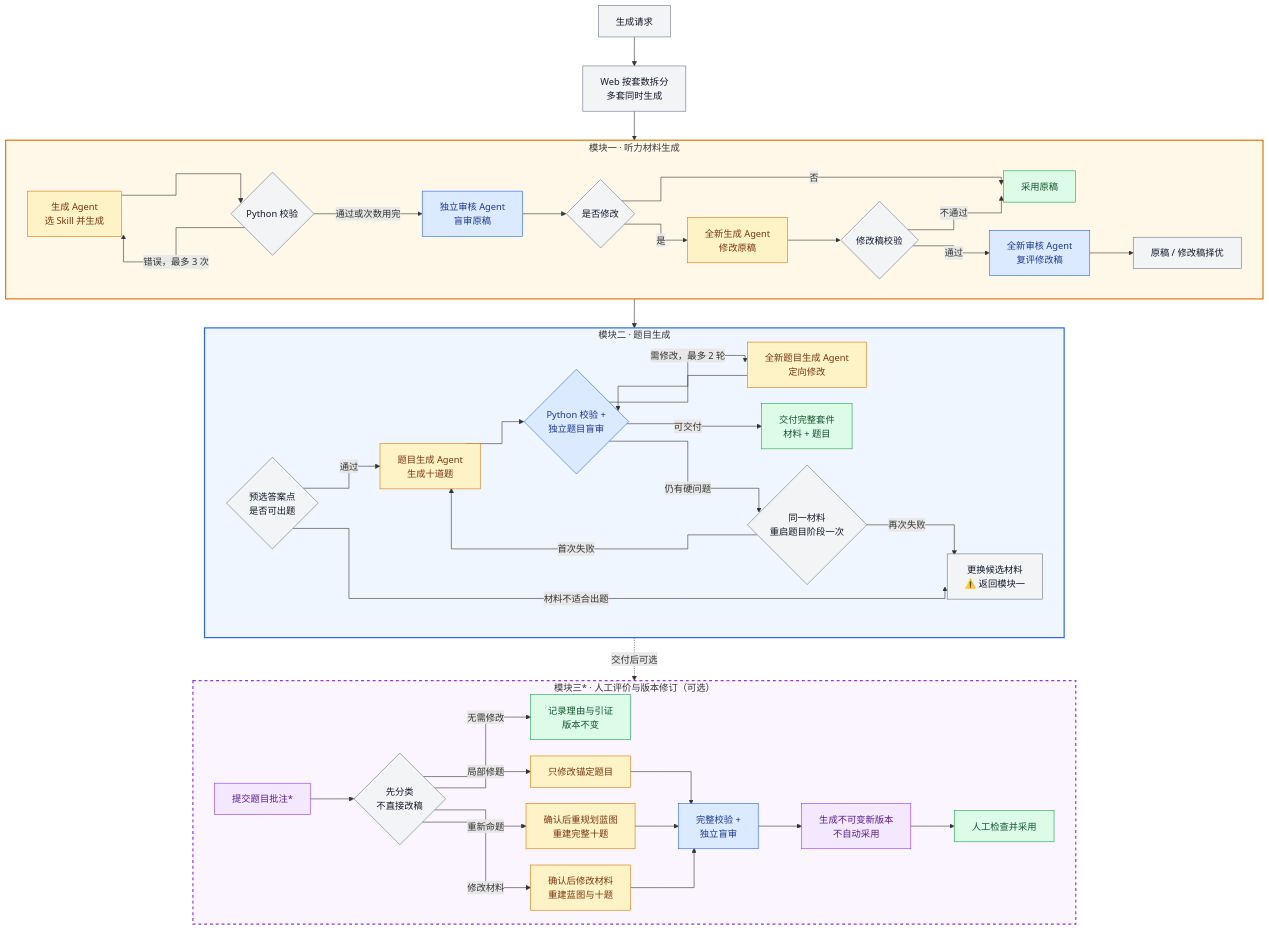
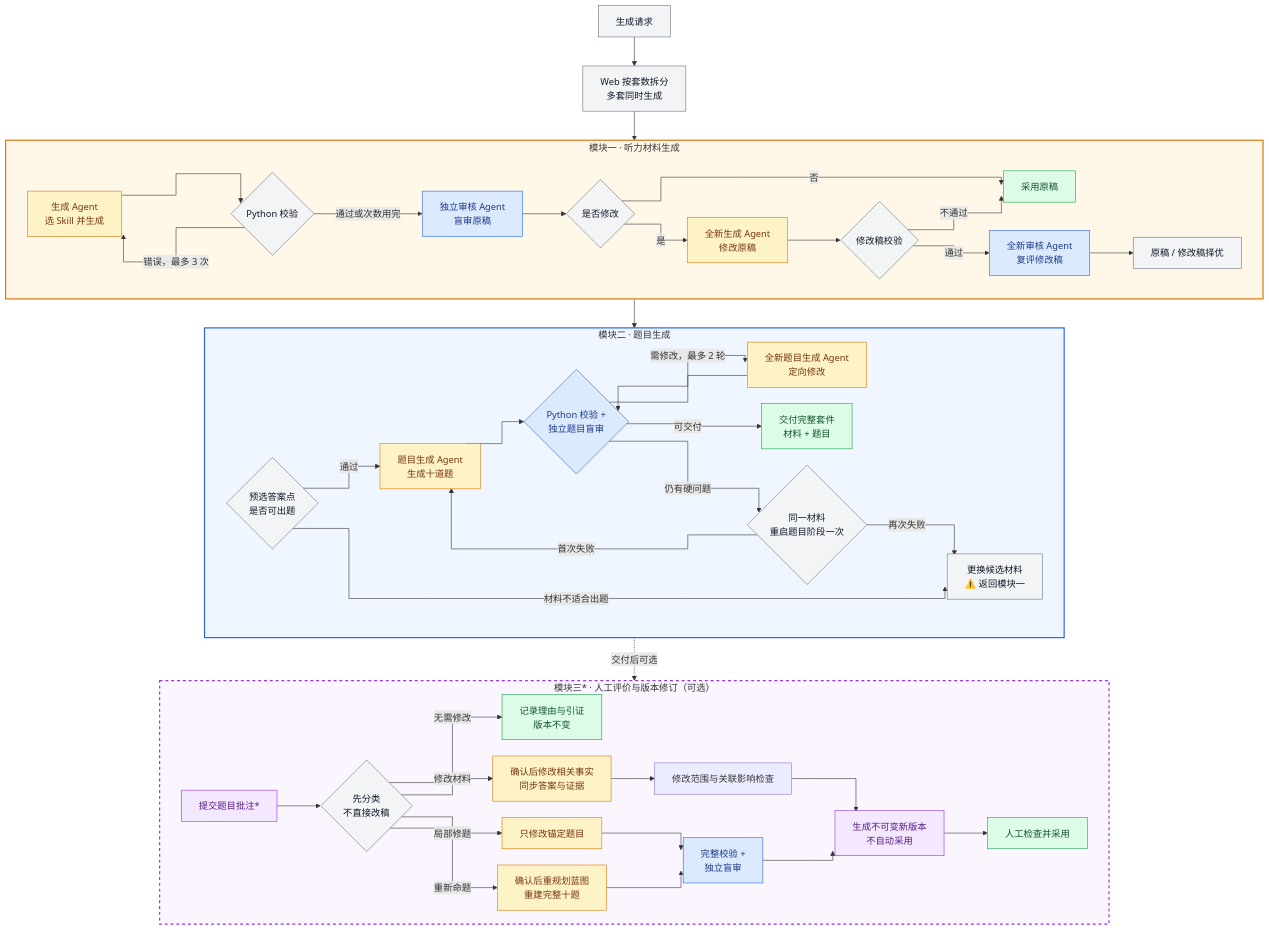
Before and after one commit to wanglingxiao123/ielts-part1-generator: the second of 2 diagrams in README.md, drawn with Mermaid. The commit also changed other lines of this file and 10 other files, not shown here.

````diff
--- a/README.md
+++ b/README.md
@@ -280,66 +276,67 @@
 ```mermaid
 %%{init: {"flowchart": {"curve": "stepAfter", "nodeSpacing": 28, "rankSpacing": 50}}}%%
 flowchart TB
     Q["生成请求"] --> F["Web 按套数拆分<br/>多套同时生成"]
     F --> MATERIAL
 
     subgraph MATERIAL["模块一 · 听力材料生成"]
         direction LR
         G["生成 Agent<br/>选 Skill 并生成"] --> V{"Python 校验"}
         V -- "错误，最多 3 次" --> G
         V -- "通过或次数用完" --> A["独立审核 Agent<br/>盲审原稿"]
         A --> X{"是否修改"}
         X -- "否" --> O["采用原稿"]
         X -- "是" --> R["全新生成 Agent<br/>修改原稿"]
         R --> C{"修改稿校验"}
         C -- "不通过" --> O
         C -- "通过" --> E["全新审核 Agent<br/>复评修改稿"]
         E --> B["原稿 / 修改稿择优"]
     end
 
     MATERIAL --> QUESTIONS
 
     subgraph QUESTIONS["模块二 · 题目生成"]
         direction LR
         P{"预选答案点<br/>是否可出题"}
         P -- "通过" --> T["题目生成 Agent<br/>生成十道题"]
         T --> H{"Python 校验 +<br/>独立题目盲审"}
         H -- "需修改，最多 2 轮" --> J["全新题目生成 Agent<br/>定向修改"]
         J --> H
         H -- "可交付" --> D["交付完整套件<br/>材料 + 题目"]
         H -- "仍有硬问题" --> K{"同一材料<br/>重启题目阶段一次"}
         K -- "首次失败" --> T
         K -- "再次失败" --> W["更换候选材料<br/>⚠️ 返回模块一"]
         P -- "材料不适合出题" --> W
     end
 
     QUESTIONS -. "交付后可选" .-> REVISION
 
     subgraph REVISION["模块三* · 人工评价与版本修订（可选）"]
         direction LR
         CM["提交题目批注*"] --> CL{"先分类<br/>不直接改稿"}
         CL -- "无需修改" --> NC["记录理由与引证<br/>版本不变"]
         CL -- "局部修题" --> QR["只修改锚定题目"]
         CL -- "重新命题" --> RP["确认后重规划蓝图<br/>重建完整十题"]
-        CL -- "修改材料" --> MR["确认后修改材料<br/>重建蓝图与十题"]
+        CL -- "修改材料" --> MR["确认后修改相关事实<br/>同步答案与证据"]
         QR --> QA["完整校验 +<br/>独立盲审"]
         RP --> QA
-        MR --> QA
+        MR --> MI["修改范围与关联影响检查"]
+        MI --> NV
         QA --> NV["生成不可变新版本<br/>不自动采用"]
         NV --> AD["人工检查并采用"]
     end
 
     classDef ai fill:#fef3c7,stroke:#d97706,color:#78350f;
     classDef audit fill:#dbeafe,stroke:#2563eb,color:#1e3a8a;
     classDef code fill:#f3f4f6,stroke:#6b7280,color:#111827;
     classDef done fill:#dcfce7,stroke:#16a34a,color:#14532d;
     classDef optional fill:#f3e8ff,stroke:#9333ea,color:#581c87;
     class G,R,T,J,QR,RP,MR ai;
     class A,E,H,QA audit;
     class Q,F,V,X,C,B,P,K,W,CL code;
     class CM,NV optional;
     class O,D,NC,AD done;
     style MATERIAL fill:#fff8e8,stroke:#d97706,stroke-width:2px;
     style QUESTIONS fill:#eff6ff,stroke:#2563eb,stroke-width:2px;
     style REVISION fill:#faf5ff,stroke:#9333ea,stroke-width:2px,stroke-dasharray:5 5;
 ```
````
